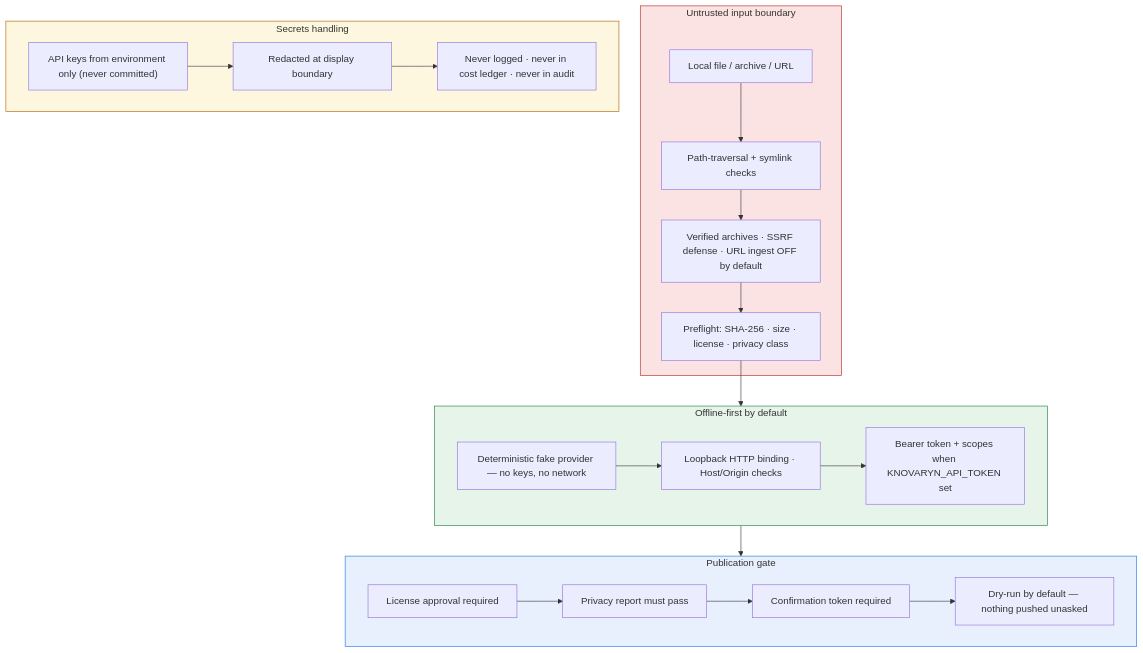
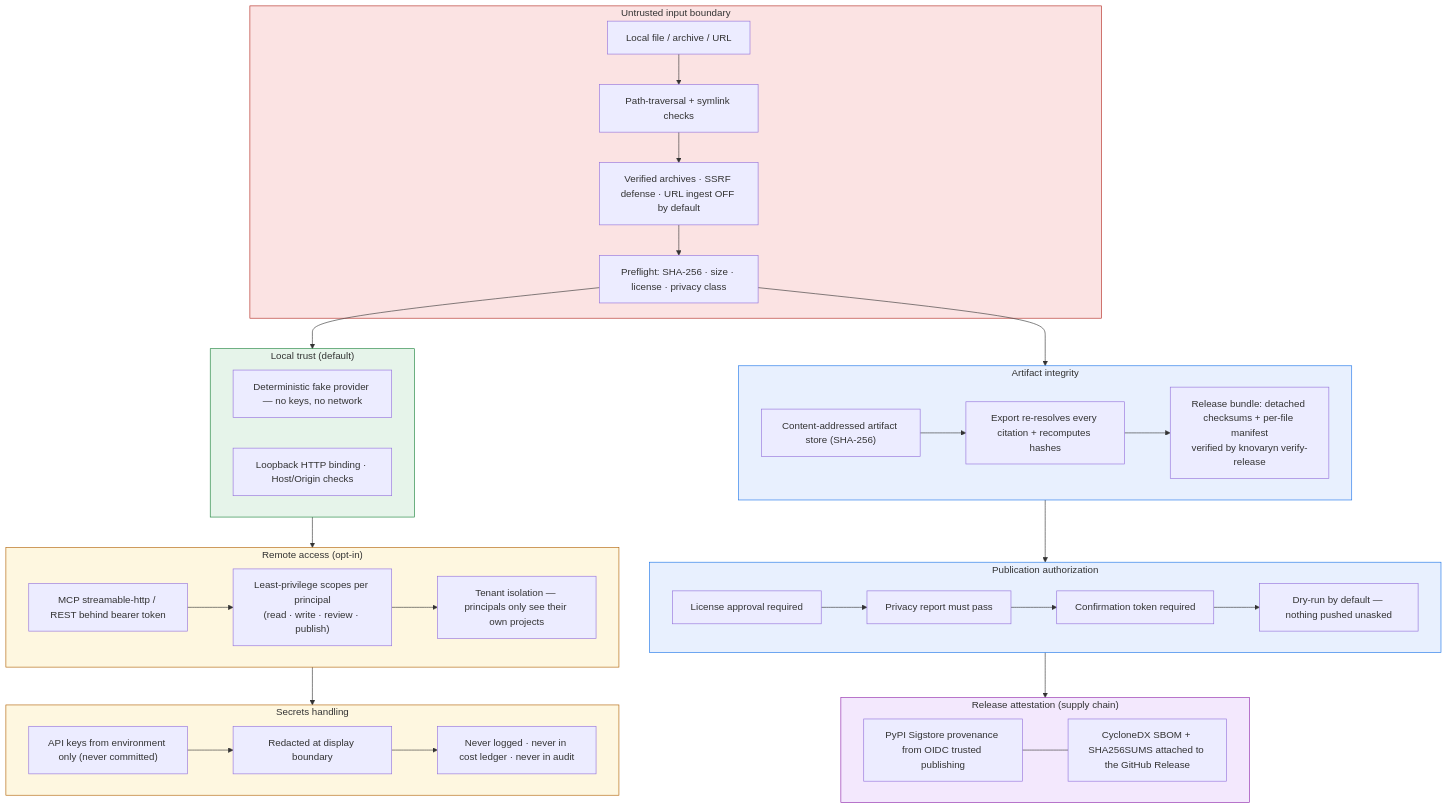
The diagram in docs/assets/diagrams/security.mmd (waalwalker1/knovaryn), drawn with Mermaid before and after one commit. The commit also changed 132 other files, not shown here.

```diff
--- a/docs/assets/diagrams/security.mmd
+++ b/docs/assets/diagrams/security.mmd
@@ -1,40 +1,67 @@
-%% Knovaryn — Security & privacy flow
-%% Offline-first, secrets from env only, everything dry-run until approved
+%% Knovaryn — Security & privacy boundaries (contract 6.3 #6)
+%% Local trust · remote authentication · tenant authorization · intake
+%% boundary · secrets · publication authorization · release attestation.
 flowchart TD
-    subgraph TRUST["Untrusted input boundary"]
+    subgraph INTAKE["Untrusted input boundary"]
         T1["Local file / archive / URL"]
         T2["Path-traversal + symlink checks"]
         T3["Verified archives · SSRF defense · URL ingest OFF by default"]
         T1 --> T2 --> T3
-        T3 --> T4["Preflight: SHA-256 · size · license · privacy class"]
+        T4["Preflight: SHA-256 · size · license · privacy class"]
+        T3 --> T4
+    end
+
+    subgraph LOCAL["Local trust (default)"]
+        L1["Deterministic fake provider — no keys, no network"]
+        L2["Loopback HTTP binding · Host/Origin checks"]
+    end
+
+    subgraph REMOTE["Remote access (opt-in)"]
+        R1["MCP streamable-http / REST behind bearer token"]
+        R2["Least-privilege scopes per principal<br/>(read · write · review · publish)"]
+        R3["Tenant isolation — principals only see their own projects"]
+        R1 --> R2 --> R3
     end
 
     subgraph SECRETS["Secrets handling"]
         S1["API keys from environment only (never committed)"]
         S2["Redacted at display boundary"]
         S3["Never logged · never in cost ledger · never in audit"]
         S1 --> S2 --> S3
     end
 
-    subgraph LOCAL["Offline-first by default"]
-        L1["Deterministic fake provider — no keys, no network"]
-        L2["Loopback HTTP binding · Host/Origin checks"]
-        L3["Bearer token + scopes when KNOVARYN_API_TOKEN set"]
-        L1 --> L2 --> L3
+    subgraph ARTIFACTS["Artifact integrity"]
+        A1["Content-addressed artifact store (SHA-256)"]
+        A2["Export re-resolves every citation + recomputes hashes"]
+        A3["Release bundle: detached checksums + per-file manifest<br/>verified by knovaryn verify-release"]
+        A1 --> A2 --> A3
     end
 
-    subgraph GATE["Publication gate"]
+    subgraph PUBLISH["Publication authorization"]
         G1["License approval required"]
         G2["Privacy report must pass"]
         G3["Confirmation token required"]
         G4["Dry-run by default — nothing pushed unasked"]
         G1 --> G2 --> G3 --> G4
     end
 
+    subgraph RELEASE["Release attestation (supply chain)"]
+        N1["PyPI Sigstore provenance from OIDC trusted publishing"]
+        N2["CycloneDX SBOM + SHA256SUMS attached to the GitHub Release"]
+        N1 --- N2
+    end
+
     T4 --> LOCAL
-    LOCAL --> GATE
+    LOCAL --> REMOTE
+    REMOTE --> SECRETS
+    T4 --> ARTIFACTS
+    ARTIFACTS --> PUBLISH
+    PUBLISH --> RELEASE
 
-    style TRUST fill:#fbe3e3,stroke:#b3261e
+    style INTAKE fill:#fbe3e3,stroke:#b3261e
+    style REMOTE fill:#fef7e0,stroke:#b06000
     style SECRETS fill:#fef7e0,stroke:#b06000
     style LOCAL fill:#e6f4ea,stroke:#188038
-    style GATE fill:#e8f0fe,stroke:#1a73e8
+    style ARTIFACTS fill:#e8f0fe,stroke:#1a73e8
+    style PUBLISH fill:#e8f0fe,stroke:#1a73e8
+    style RELEASE fill:#f3e8fd,stroke:#8e24aa
```
